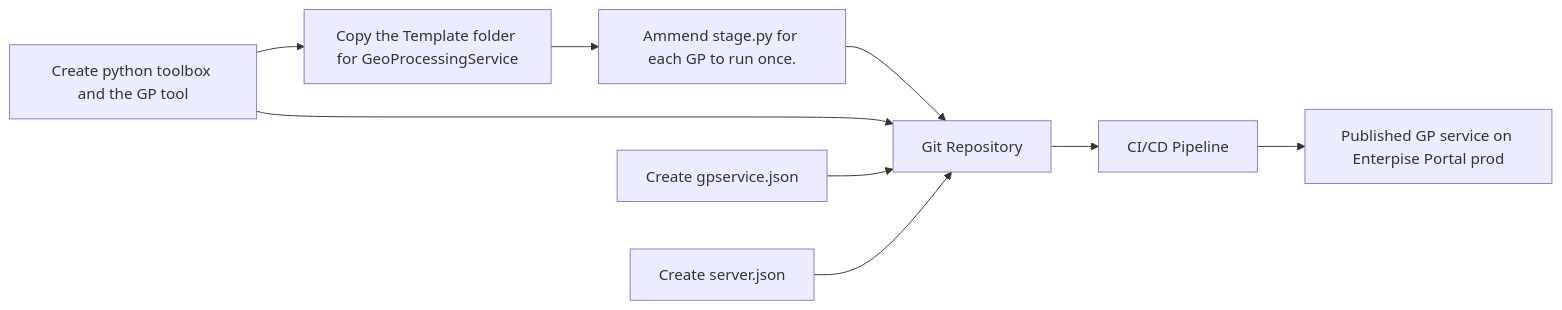
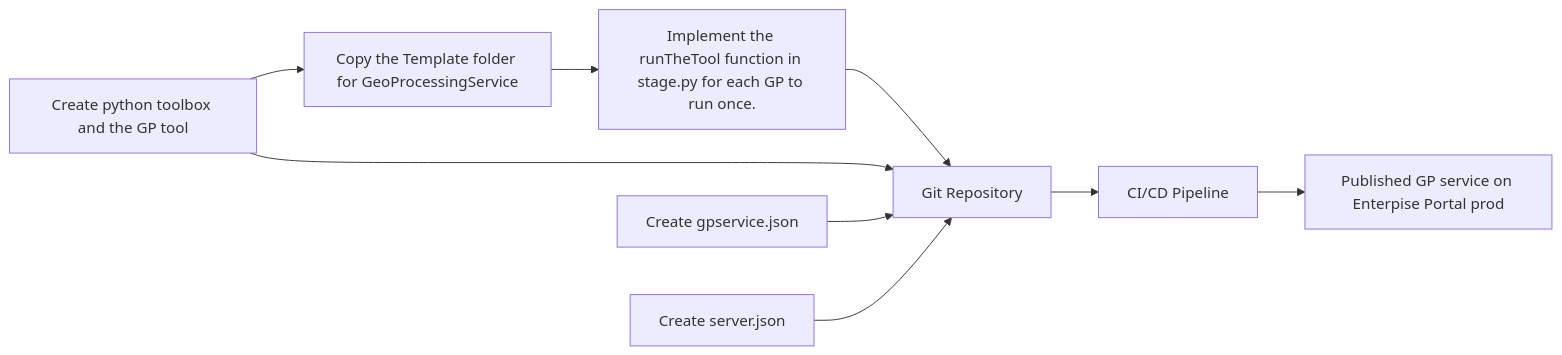
Before and after one commit to merkator-software/GaiaBuilder-manual: the diagram in Configuration_examples/Publishing a Geoprocessing service/README.md, drawn with Mermaid.

````diff
--- a/Configuration_examples/Publishing a Geoprocessing service/README.md
+++ b/Configuration_examples/Publishing a Geoprocessing service/README.md
@@ -17,20 +17,20 @@
 ```mermaid
 graph LR
   gaiabuilder[Copy the Template folder for GeoProcessingService]
-  configure[Ammend stage.py for each GP to run once.]
+  configure[Implement the runTheTool function in stage.py for each GP to run once.]
   gp[Create python toolbox and the GP tool]
   git[Git Repository]
   pipeline[CI/CD Pipeline]
   portal[Published GP service on Enterpise Portal prod]
   edit[Create gpservice.json]
   server[Create server.json]
 
   gp --> gaiabuilder
   gaiabuilder --> configure
   configure --> git
   gp --> git
   edit --> git
   server --> git
   git --> pipeline
   pipeline --> portal
 ```
````
